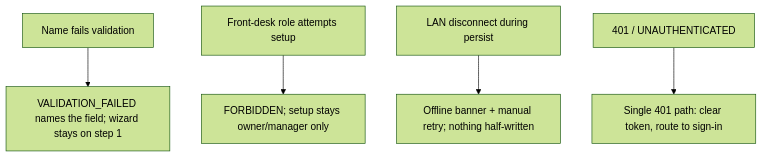
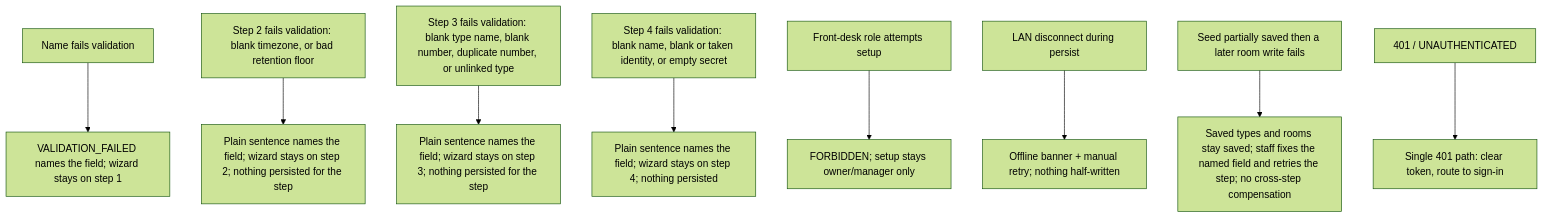
One commit to MingChen1501/hotel-mgmt changed diagram 17 of 17 in docs/architecture/lld.md. Above: the diagram before and after it, drawn with Mermaid (forest theme). The commit also changed other lines of this file, not shown here.

Commit message:
docs(architecture): Add onboarding steps 2-4 flow diagrams to LLD 13.4

````diff
--- a/docs/architecture/lld.md
+++ b/docs/architecture/lld.md
@@ -1253,7 +1328,11 @@
 ```mermaid
 flowchart TD
     P[Name fails validation] --> Q[VALIDATION_FAILED names the field; wizard stays on step 1]
+    P2[Step 2 fails validation: blank timezone, or bad retention floor] --> Q2[Plain sentence names the field; wizard stays on step 2; nothing persisted for the step]
+    P3[Step 3 fails validation: blank type name, blank number, duplicate number, or unlinked type] --> Q3[Plain sentence names the field; wizard stays on step 3; nothing persisted for the step]
+    P4[Step 4 fails validation: blank name, blank or taken identity, or empty secret] --> Q4[Plain sentence names the field; wizard stays on step 4; nothing persisted]
     R[Front-desk role attempts setup] --> S[FORBIDDEN; setup stays owner/manager only]
     T[LAN disconnect during persist] --> U[Offline banner + manual retry; nothing half-written]
+    T3[Seed partially saved then a later room write fails] --> U3[Saved types and rooms stay saved; staff fixes the named field and retries the step; no cross-step compensation]
     V[401 / UNAUTHENTICATED] --> W[Single 401 path: clear token, route to sign-in]
 ```
````
